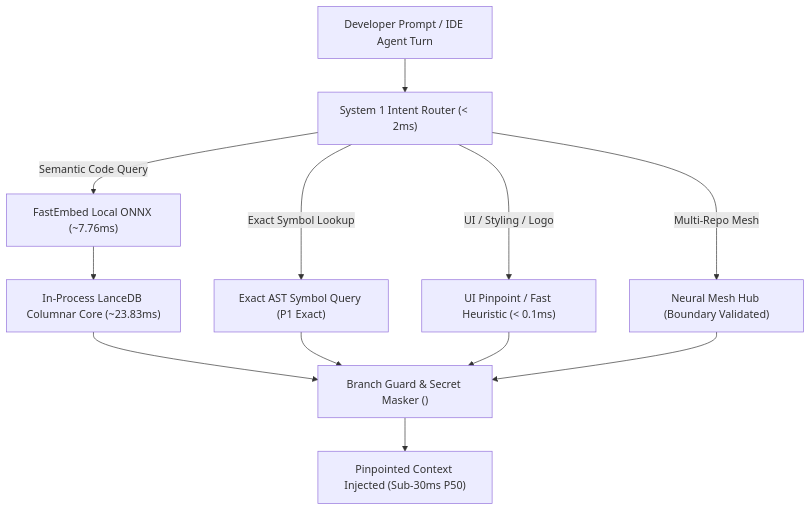
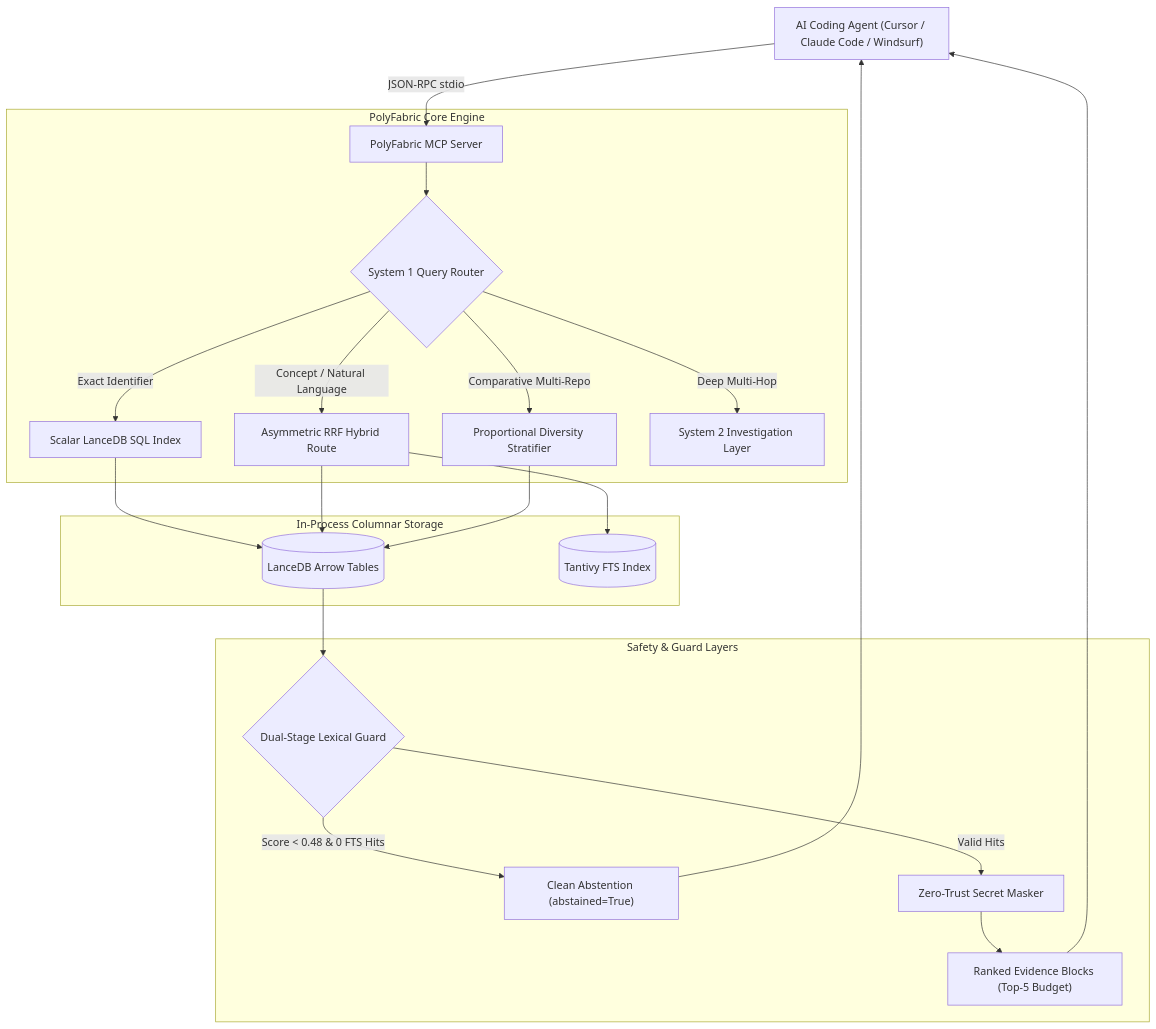
One commit to vishalvermauts/PolyFabric changed the first of 3 diagrams in README.md. Above: the diagram before and after it, drawn with Mermaid. The commit also changed other lines of this file and 1 other file, not shown here.

````diff
--- a/README.md
+++ b/README.md
@@ -39,17 +98,29 @@
 ```mermaid
 flowchart TD
-    User["Developer Prompt / IDE Agent Turn"] --> S1["System 1 Intent Router (< 2ms)"]
+    Client["AI Coding Agent (Cursor / Claude Code / Windsurf)"] -->|JSON-RPC stdio| MCP["PolyFabric MCP Server"]
     
-    S1 -->|UI / Styling / Logo| UICache["UI Pinpoint / Fast Heuristic (< 0.1ms)"]
-    S1 -->|Exact Symbol Lookup| SymIndex["Exact AST Symbol Query (P1 Exact)"]
-    S1 -->|Multi-Repo Mesh| MeshHub["Neural Mesh Hub (Boundary Validated)"]
-    S1 -->|Semantic Code Query| Embed["FastEmbed Local ONNX (~7.76ms)"]
+    subgraph CoreEngine["PolyFabric Core Engine"]
+        MCP --> Router{"System 1 Query Router"}
+        Router -->|Exact Identifier| SQL["Scalar LanceDB SQL Index"]
+        Router -->|Concept / Natural Language| Hybrid["Asymmetric RRF Hybrid Route"]
+        Router -->|Comparative Multi-Repo| Stratified["Proportional Diversity Stratifier"]
+        Router -->|Deep Multi-Hop| S2["System 2 Investigation Layer"]
+    end
+
+    subgraph Storage["In-Process Columnar Storage"]
+        SQL --> LanceDB[("LanceDB Arrow Tables")]
+        Hybrid --> LanceDB
+        Hybrid --> Tantivy[("Tantivy FTS Index")]
+        Stratified --> LanceDB
+    end
+
+    subgraph Guards["Safety & Guard Layers"]
+        LanceDB --> LexGuard{"Dual-Stage Lexical Guard"}
+        LexGuard -->|Score < 0.48 & 0 FTS Hits| Abstain["Clean Abstention (abstained=True)"]
+        LexGuard -->|Valid Hits| SecMask["Zero-Trust Secret Masker"]
+        SecMask --> Evidence["Ranked Evidence Blocks (Top-5 Budget)"]
+    end
     
-    Embed --> LanceCore["In-Process LanceDB Columnar Core (~23.83ms)"]
-    LanceCore --> Filter["Branch Guard & Secret Masker (<SECRET_REF>)"]
-    SymIndex --> Filter
-    UICache --> Filter
-    MeshHub --> Filter
-    
-    Filter --> Output["Pinpointed Context Injected (Sub-30ms P50)"]
+    Evidence --> Client
+    Abstain --> Client
 ```
````
